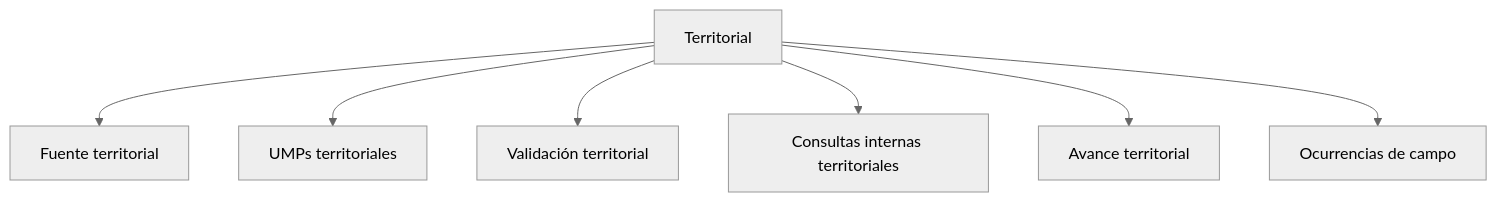
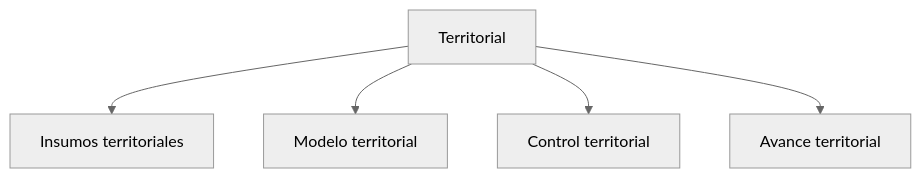
The second of 2 diagrams in Obsidian_Prosecnur/Prosecnur/Módulos/03 Monitoreo/Modos/03 Territorial/Territorial.md (GonzaloAlmendariz/prosecnur-app), drawn with Mermaid (neutral theme) before and after one commit. The commit also changed other lines of this file and 115 other files, not shown here.

First line of the commit message:
docs(vaults): la bóveda de Monitoreo sigue la navegación Insumos · Modelo · Control · Avance del revamp

````diff
--- a/Obsidian_Prosecnur/Prosecnur/Módulos/03 Monitoreo/Modos/03 Territorial/Territorial.md
+++ b/Obsidian_Prosecnur/Prosecnur/Módulos/03 Monitoreo/Modos/03 Territorial/Territorial.md
@@ -64,10 +64,8 @@
 ```mermaid
 flowchart TD
     N["Territorial"]
-    N --> C1["Fuente territorial"]
-    N --> C2["UMPs territoriales"]
-    N --> C3["Validación territorial"]
-    N --> C4["Consultas internas territoriales"]
-    N --> C5["Avance territorial"]
-    N --> C6["Ocurrencias de campo"]
+    N --> C1["Insumos territoriales"]
+    N --> C2["Modelo territorial"]
+    N --> C3["Control territorial"]
+    N --> C4["Avance territorial"]
 ```
````
